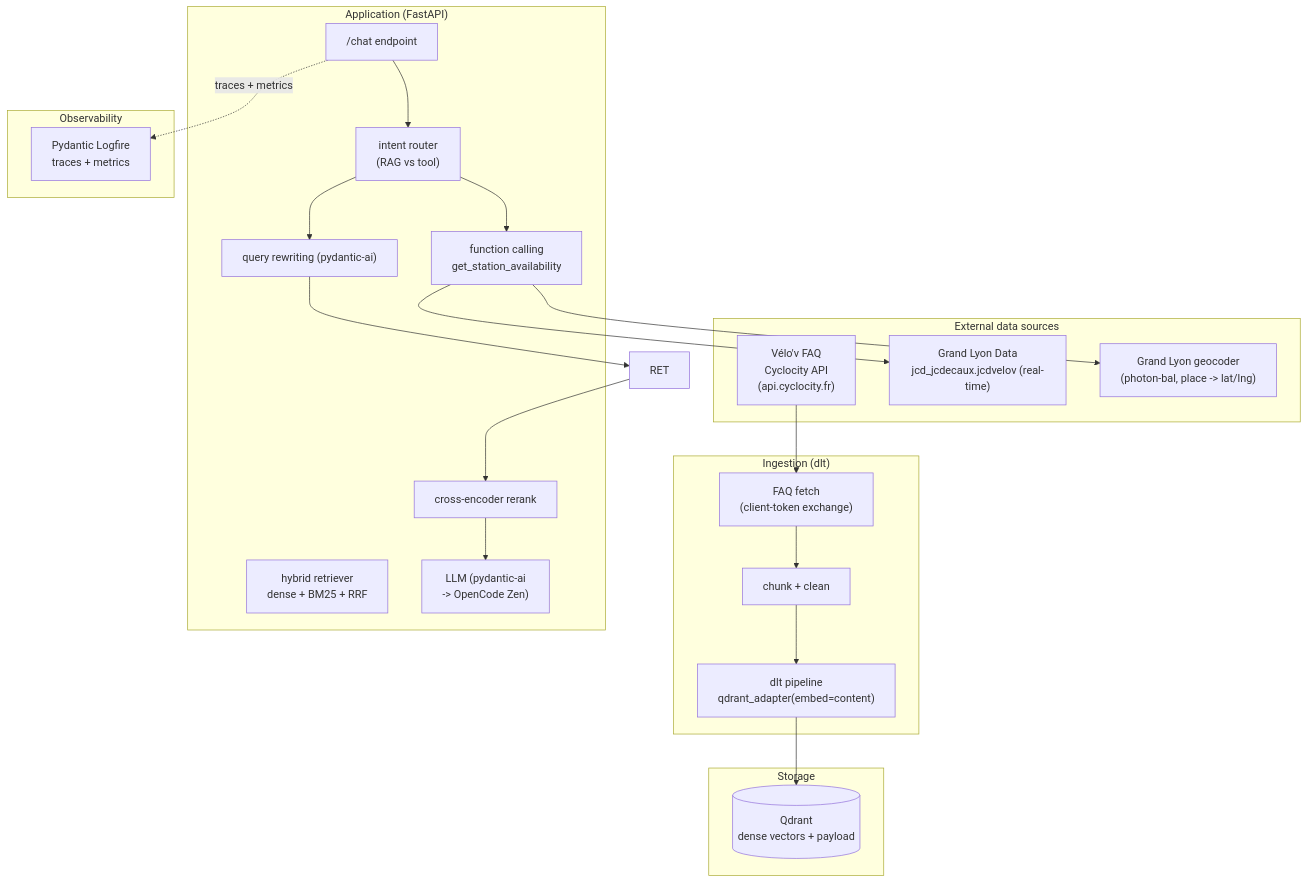
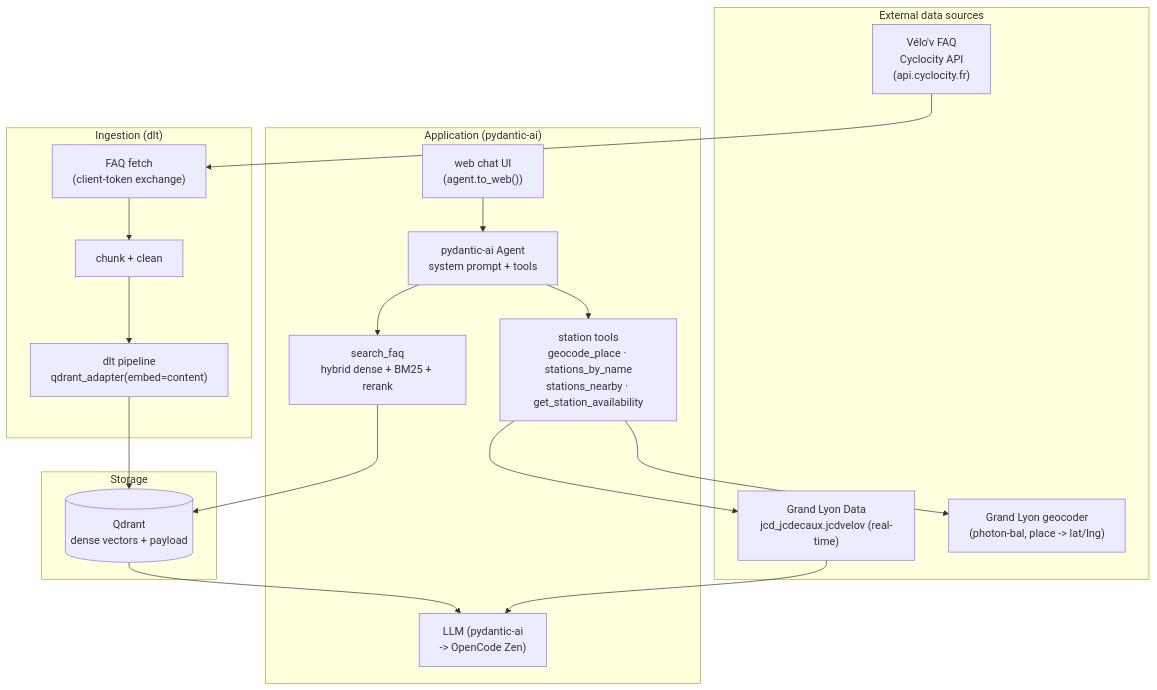
Before and after one commit to afrancois-dev/velov-assistant: the diagram in architecture.md, drawn with Mermaid. The commit also changed other lines of this file and 15 other files, not shown here.

````diff
--- a/architecture.md
+++ b/architecture.md
@@ -12,41 +12,35 @@
 ```mermaid
 flowchart TB
     subgraph Sources["External data sources"]
         FAQ["Vélo'v FAQ<br/>Cyclocity API<br/>(api.cyclocity.fr)"]
         STATIONS["Grand Lyon Data<br/>jcd_jcdecaux.jcdvelov (real-time)"]
         GEO["Grand Lyon geocoder<br/>(photon-bal, place -> lat/lng)"]
     end
 
     subgraph Ingestion["Ingestion (dlt)"]
         FETCH["FAQ fetch<br/>(client-token exchange)"]
         CHUNK["chunk + clean"]
         DLT["dlt pipeline<br/>qdrant_adapter(embed=content)"]
     end
 
     subgraph Store["Storage"]
         QDRANT[("Qdrant<br/>dense vectors + payload")]
     end
 
-    subgraph App["Application (FastAPI)"]
-        API["/chat endpoint"]
-        ROUTER["intent router<br/>(RAG vs tool)"]
-        REWRITE["query rewriting (pydantic-ai)"]
-        RETR["hybrid retriever<br/>dense + BM25 + RRF"]
-        RERANK["cross-encoder rerank"]
+    subgraph App["Application (pydantic-ai)"]
+        UI["web chat UI<br/>(agent.to_web())"]
+        AGENT["pydantic-ai Agent<br/>system prompt + tools"]
+        FAQ_TOOL["search_faq<br/>hybrid dense + BM25 + rerank"]
+        STATIONS_TOOL["station tools<br/>geocode_place · stations_by_name<br/>stations_nearby · get_station_availability"]
         LLM["LLM (pydantic-ai<br/>-> OpenCode Zen)"]
-        TOOLS["function calling<br/>get_station_availability"]
-    end
-
-    subgraph Obs["Observability"]
-        LOGFIRE["Pydantic Logfire<br/>traces + metrics"]
     end
 
     FAQ --> FETCH --> CHUNK --> DLT --> QDRANT
 
-    API --> ROUTER
-    ROUTER --> REWRITE --> RET --> RERANK --> LLM
-    ROUTER --> TOOLS --> STATIONS
-    TOOLS --> GEO
-
-    API -.traces + metrics.-> LOGFIRE
+    UI --> AGENT
+    AGENT --> FAQ_TOOL --> QDRANT
+    AGENT --> STATIONS_TOOL --> STATIONS
+    STATIONS_TOOL --> GEO
+    QDRANT --> LLM
+    STATIONS --> LLM
 ```
````
